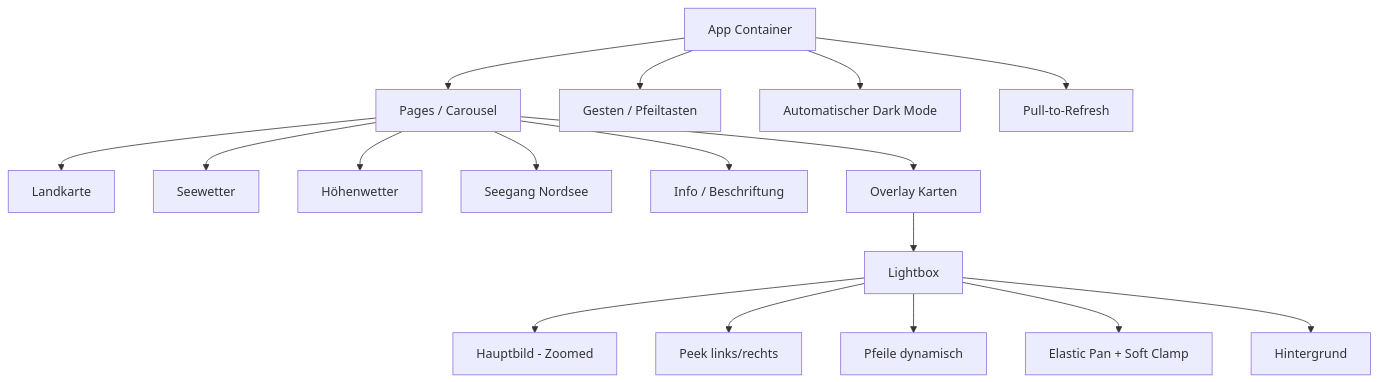
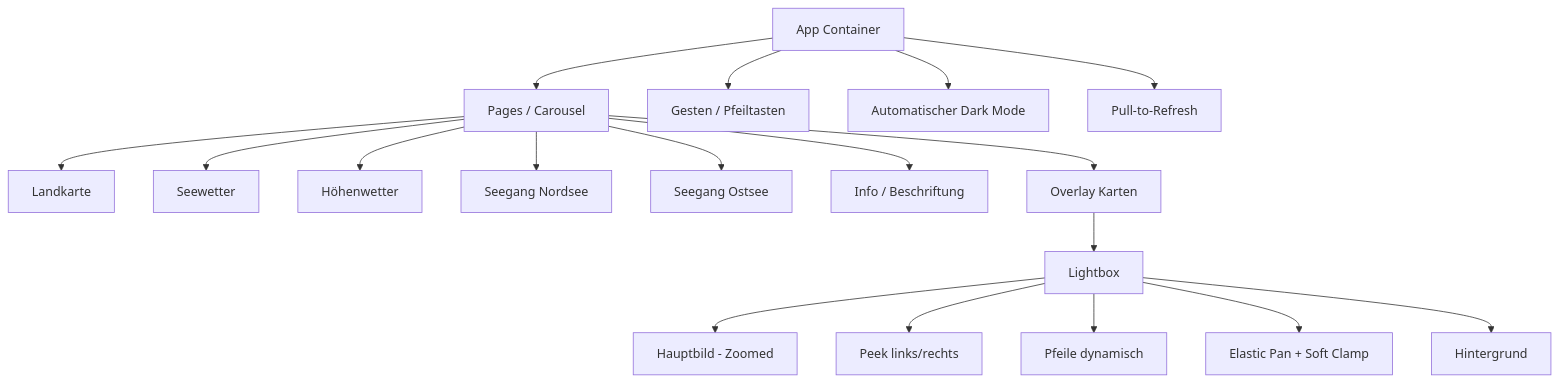
Before and after one commit to w465jt7pm9-cpu/dwd-dashboard: the diagram in docs/UI-Struktur.md, drawn with Mermaid. The commit also changed other lines of this file and 5 other files, not shown here.

````diff
--- a/docs/UI-Struktur.md
+++ b/docs/UI-Struktur.md
@@ -8,19 +9,20 @@
 ```mermaid
 flowchart TD
   App[App Container] --> Pages[Pages / Carousel]
   Pages --> Land[Landkarte]
   Pages --> See[Seewetter]
   Pages --> Hoehenwetter[Höhenwetter]
   Pages --> Nordsee[Seegang Nordsee]
+  Pages --> Ostsee[Seegang Ostsee]
   Pages --> Texte[Info / Beschriftung]
   Pages --> Cards[Overlay Karten]
   Cards --> Lightbox[Lightbox]
   Lightbox --> Image[Hauptbild - Zoomed]
   Lightbox --> Peek[Peek links/rechts]
   Lightbox --> Arrows[Pfeile dynamisch]
   Lightbox --> Elastic[Elastic Pan + Soft Clamp]
   Lightbox --> Overlay[Hintergrund]
   App --> Gestures[Gesten / Pfeiltasten]
   App --> Theme[Automatischer Dark Mode]
   App --> Refresh[Pull-to-Refresh]
 ```
````
